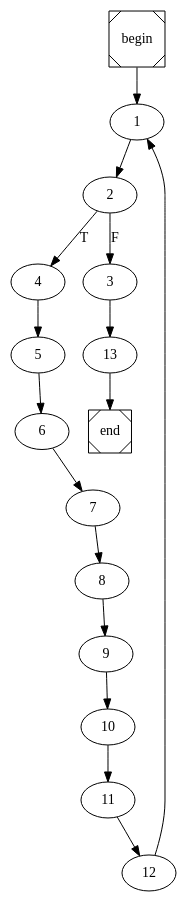
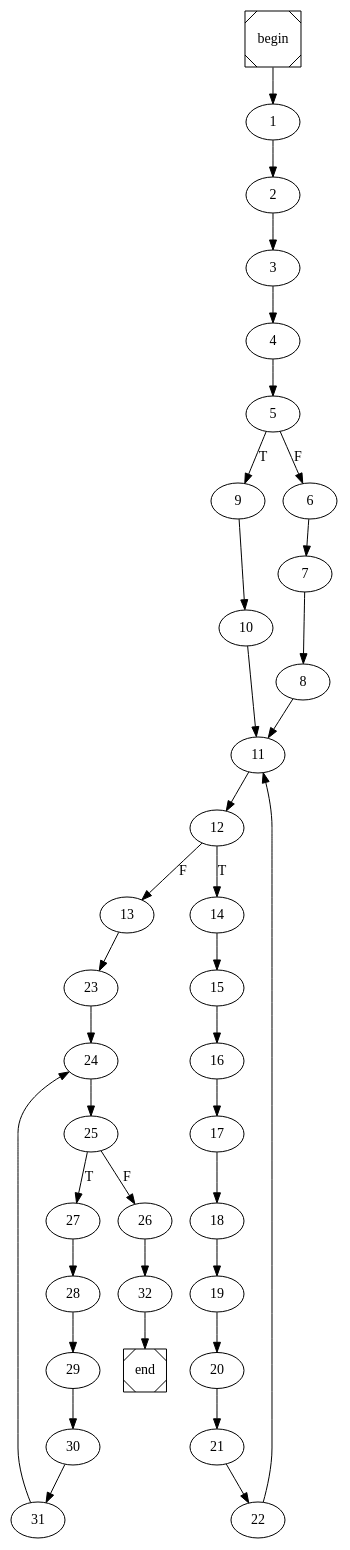
One commit to arubenruben/JMM-Compiler changed the diagram in main.dot. Above: the diagram before and after it, drawn with Graphviz. The commit also changed 11 other files, not shown here.

```diff
--- a/main.dot
+++ b/main.dot
@@ -1,4 +1,4 @@
 digraph cfg {
 	begin [shape=Msquare];
 	end [shape=Msquare];
-	begin -> 1;	1 -> 2;	2 -> 4[label=T];	2 -> 3[label=F];	3 -> 13;	4 -> 5;	5 -> 6;	6 -> 7;	7 -> 8;	8 -> 9;	9 -> 10;	10 -> 11;	11 -> 12;	12 -> 1;	13 -> end;}
+	begin -> 1;	1 -> 2;	2 -> 3;	3 -> 4;	4 -> 5;	5 -> 9[label=T];	5 -> 6[label=F];	6 -> 7;	7 -> 8;	8 -> 11;	9 -> 10;	10 -> 11;	11 -> 12;	12 -> 14[label=T];	12 -> 13[label=F];	13 -> 23;	14 -> 15;	15 -> 16;	16 -> 17;	17 -> 18;	18 -> 19;	19 -> 20;	20 -> 21;	21 -> 22;	22 -> 11;	23 -> 24;	24 -> 25;	25 -> 27[label=T];	25 -> 26[label=F];	26 -> 32;	27 -> 28;	28 -> 29;	29 -> 30;	30 -> 31;	31 -> 24;	32 -> end;}
```
